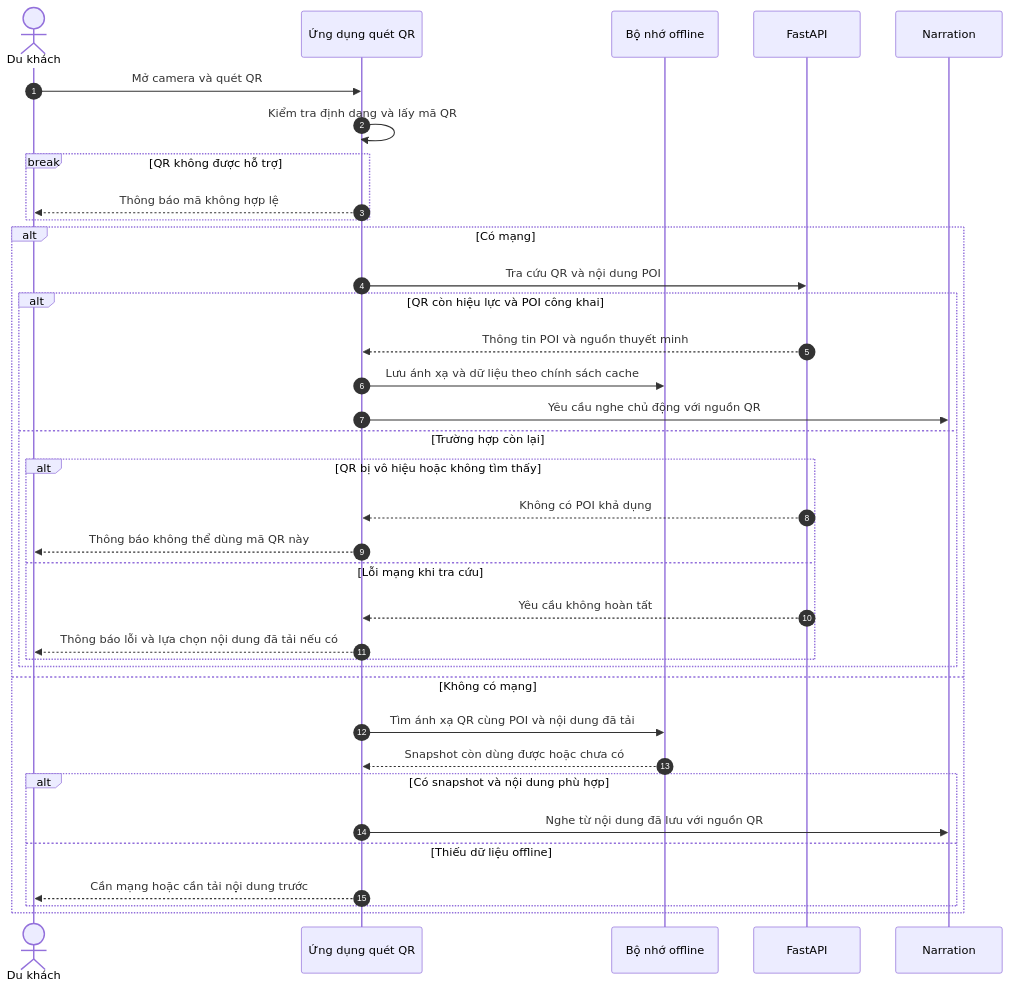
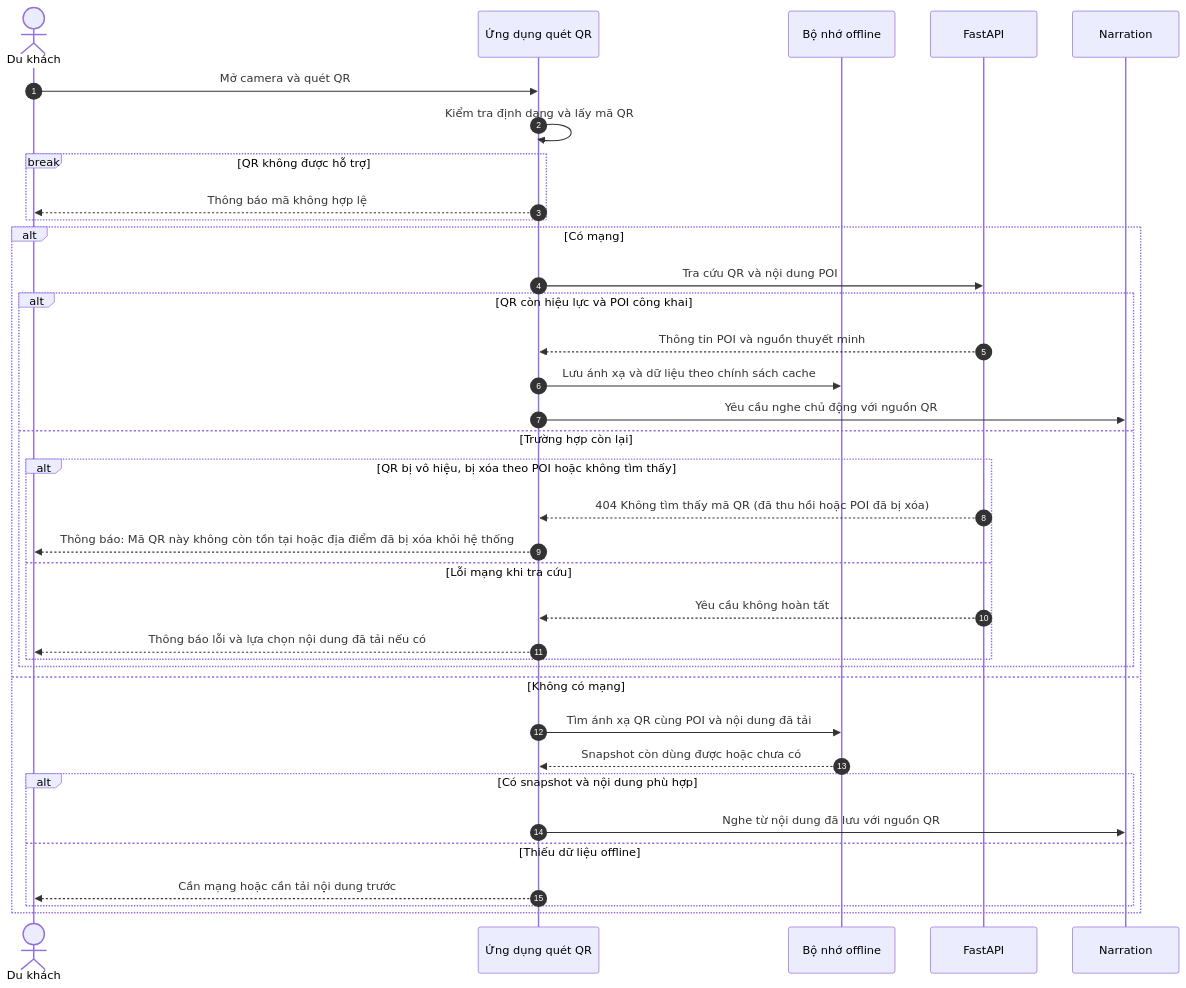
Before and after one commit to xuandang0405/seminarchuyende: the diagram in quan4_sequence_diagrams/mermaid/05_quet_qr.mmd, drawn with Mermaid. The commit also changed 157 other files, not shown here.

```diff
--- a/quan4_sequence_diagrams/mermaid/05_quet_qr.mmd
+++ b/quan4_sequence_diagrams/mermaid/05_quet_qr.mmd
@@ -1,38 +1,38 @@
 %% Quét QR để nghe thuyết minh
 %% G: từ mô tả ban đầu, cần bổ sung ngoài schema HTML
 sequenceDiagram
     autonumber
     actor User as Du khách
     participant App as Ứng dụng quét QR
     participant Cache as Bộ nhớ offline
     participant API as FastAPI
     participant Audio as Narration
     User->>App: Mở camera và quét QR
     App->>App: Kiểm tra định dạng và lấy mã QR
     break QR không được hỗ trợ
         App-->>User: Thông báo mã không hợp lệ
     end
     alt Có mạng
         App->>API: Tra cứu QR và nội dung POI
         alt QR còn hiệu lực và POI công khai
             API-->>App: Thông tin POI và nguồn thuyết minh
             App->>Cache: Lưu ánh xạ và dữ liệu theo chính sách cache
             App->>Audio: Yêu cầu nghe chủ động với nguồn QR
         else Trường hợp còn lại
-            alt QR bị vô hiệu hoặc không tìm thấy
-                API-->>App: Không có POI khả dụng
-                App-->>User: Thông báo không thể dùng mã QR này
+            alt QR bị vô hiệu, bị xóa theo POI hoặc không tìm thấy
+                API-->>App: 404 Không tìm thấy mã QR (đã thu hồi hoặc POI đã bị xóa)
+                App-->>User: Thông báo: Mã QR này không còn tồn tại hoặc địa điểm đã bị xóa khỏi hệ thống
             else Lỗi mạng khi tra cứu
                 API-->>App: Yêu cầu không hoàn tất
                 App-->>User: Thông báo lỗi và lựa chọn nội dung đã tải nếu có
             end
         end
     else Không có mạng
         App->>Cache: Tìm ánh xạ QR cùng POI và nội dung đã tải
         Cache-->>App: Snapshot còn dùng được hoặc chưa có
         alt Có snapshot và nội dung phù hợp
             App->>Audio: Nghe từ nội dung đã lưu với nguồn QR
         else Thiếu dữ liệu offline
             App-->>User: Cần mạng hoặc cần tải nội dung trước
         end
     end
```
